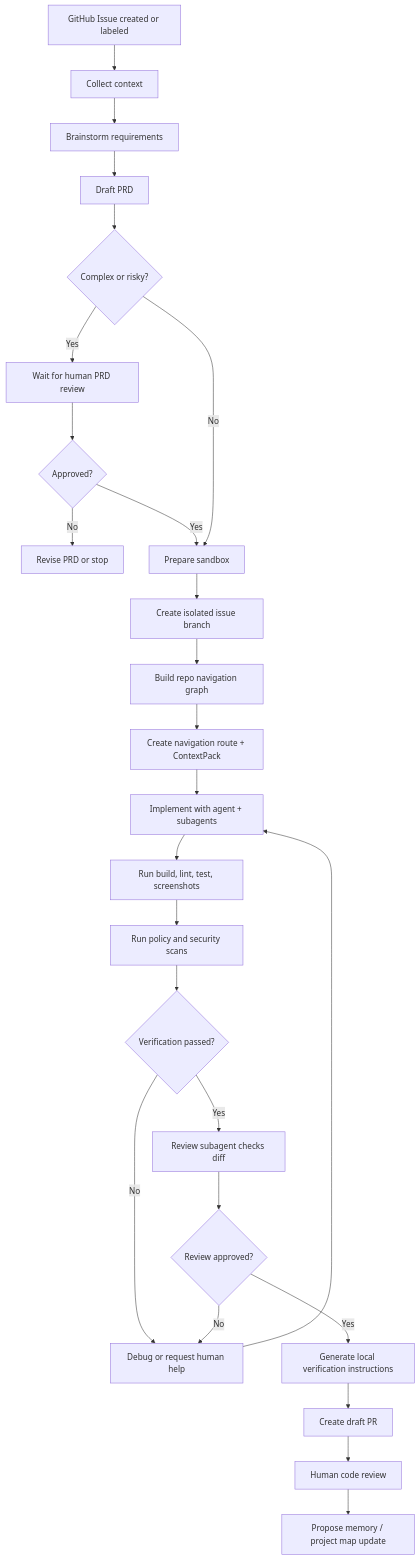
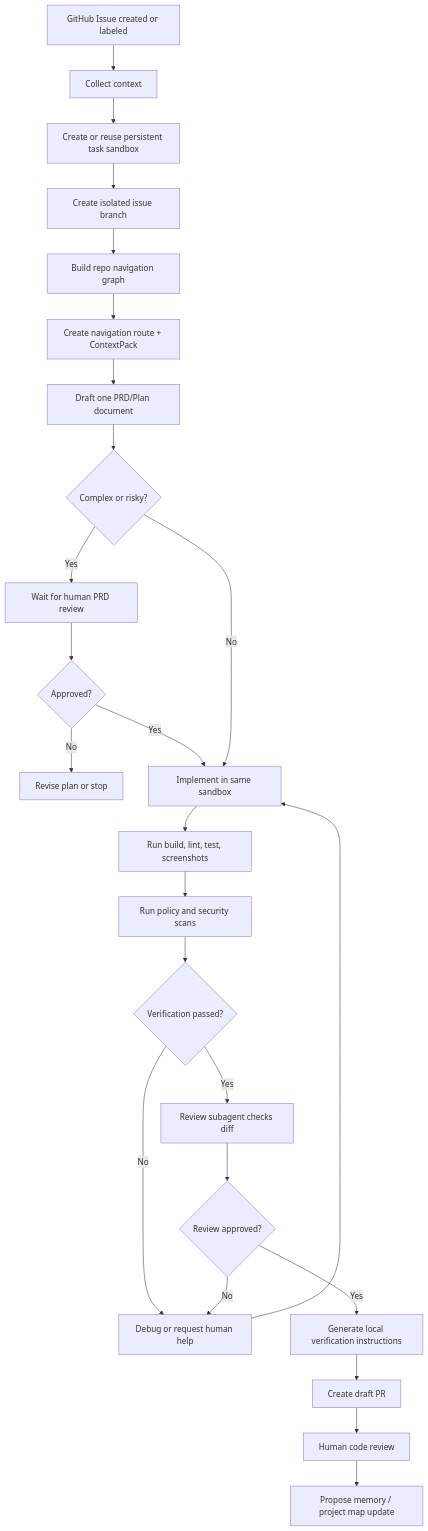
Before and after one commit to JASON-QWeb/CodeZero: the diagram in docs/WORKFLOW_BLUEPRINT.md, drawn with Mermaid. The commit also changed other lines of this file and 32 other files, not shown here.

````diff
--- a/docs/WORKFLOW_BLUEPRINT.md
+++ b/docs/WORKFLOW_BLUEPRINT.md
@@ -5,28 +5,27 @@
 ```mermaid
 flowchart TD
   A["GitHub Issue created or labeled"] --> B["Collect context"]
-  B --> C["Brainstorm requirements"]
-  C --> D["Draft PRD"]
-  D --> E{"Complex or risky?"}
-  E -->|Yes| F["Wait for human PRD review"]
-  F --> G{"Approved?"}
-  G -->|No| H["Revise PRD or stop"]
-  G -->|Yes| I["Prepare sandbox"]
-  E -->|No| I
+  B --> I["Create or reuse persistent task sandbox"]
   I --> Q["Create isolated issue branch"]
   Q --> U["Build repo navigation graph"]
   U --> V["Create navigation route + ContextPack"]
-  V --> J["Implement with agent + subagents"]
+  V --> C["Draft one PRD/Plan document"]
+  C --> E{"Complex or risky?"}
+  E -->|Yes| F["Wait for human PRD review"]
+  F --> G{"Approved?"}
+  G -->|No| H["Revise plan or stop"]
+  G -->|Yes| J["Implement in same sandbox"]
+  E -->|No| J
   J --> K["Run build, lint, test, screenshots"]
   K --> W["Run policy and security scans"]
   W --> L{"Verification passed?"}
   L -->|No| M["Debug or request human help"]
   M --> J
   L -->|Yes| R["Review subagent checks diff"]
   R --> S{"Review approved?"}
   S -->|No| M
   S -->|Yes| T["Generate local verification instructions"]
   T --> N["Create draft PR"]
   N --> O["Human code review"]
   O --> P["Propose memory / project map update"]
 ```
````
